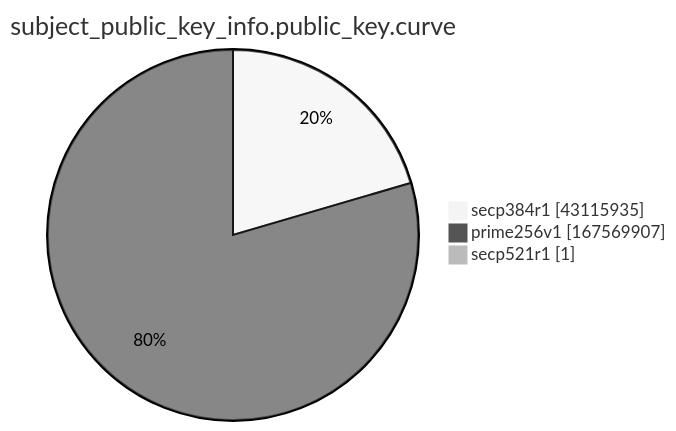
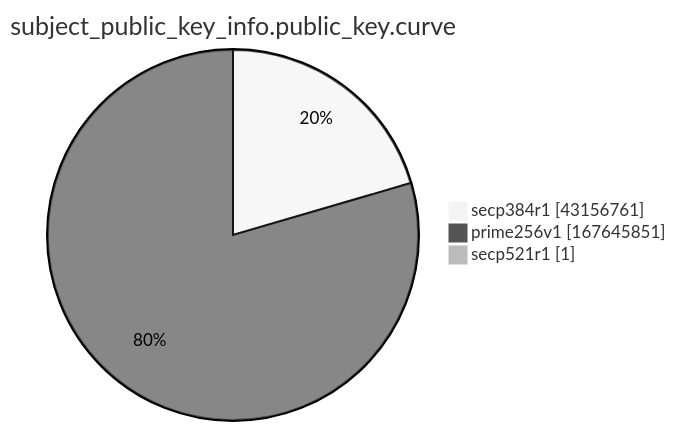
The ninth of 15 diagrams in xenon2022/README.md (christiankrug/ctmonitor_visualization), drawn with Mermaid (neutral theme) before and after one commit. The commit also changed other lines of this file, not shown here.

````diff
--- a/xenon2022/README.md
+++ b/xenon2022/README.md
@@ -2869,7 +2869,7 @@
 ```mermaid
 pie showData
 title subject_public_key_info.public_key.curve
-"secp384r1" :43115935
-"prime256v1" :167569907
+"secp384r1" :43156761
+"prime256v1" :167645851
 "secp521r1" :1
 ```
````
